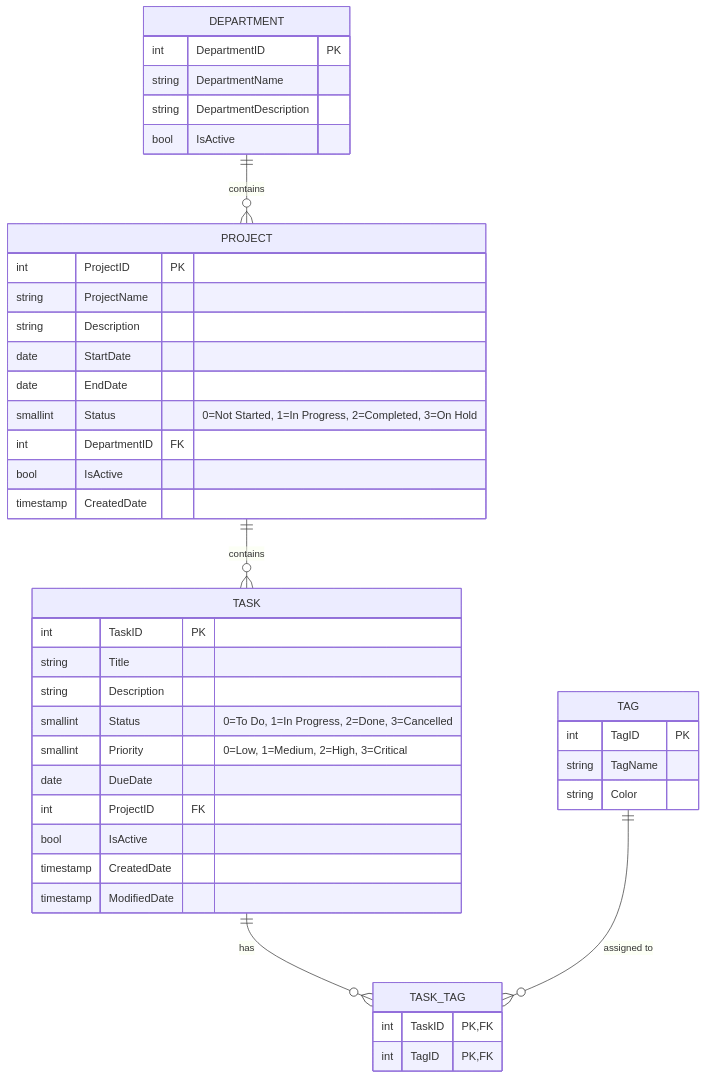
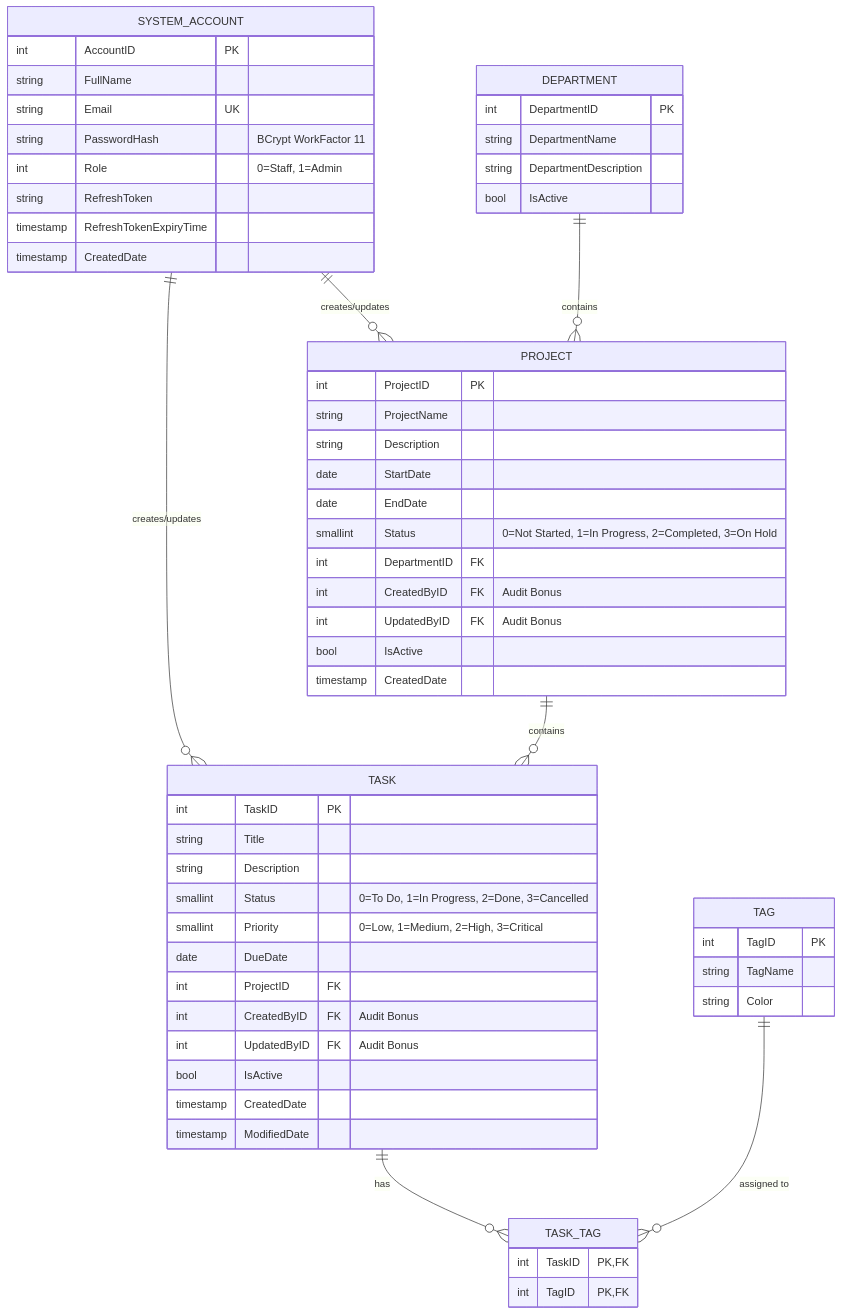
One commit to phunvqe180136/AS2_PRN232_Fa26 changed the diagram in README.md. Above: the diagram before and after it, drawn with Mermaid. The commit also changed other lines of this file and 2 other files, not shown here.

````diff
--- a/README.md
+++ b/README.md
@@ -26,50 +44,67 @@
 ```mermaid
 erDiagram
+    SYSTEM_ACCOUNT ||--o{ PROJECT : "creates/updates"
+    SYSTEM_ACCOUNT ||--o{ TASK : "creates/updates"
     DEPARTMENT ||--o{ PROJECT : "contains"
     PROJECT ||--o{ TASK : "contains"
     TASK ||--o{ TASK_TAG : "has"
     TAG ||--o{ TASK_TAG : "assigned to"
+
+    SYSTEM_ACCOUNT {
+        int AccountID PK
+        string FullName
+        string Email UK
+        string PasswordHash "BCrypt WorkFactor 11"
+        int Role "0=Staff, 1=Admin"
+        string RefreshToken
+        timestamp RefreshTokenExpiryTime
+        timestamp CreatedDate
+    }
 
     DEPARTMENT {
         int DepartmentID PK
         string DepartmentName
         string DepartmentDescription
         bool IsActive
     }
 
     PROJECT {
         int ProjectID PK
         string ProjectName
         string Description
         date StartDate
         date EndDate
         smallint Status "0=Not Started, 1=In Progress, 2=Completed, 3=On Hold"
         int DepartmentID FK
+        int CreatedByID FK "Audit Bonus"
+        int UpdatedByID FK "Audit Bonus"
         bool IsActive
         timestamp CreatedDate
     }
 
     TASK {
         int TaskID PK
         string Title
         string Description
         smallint Status "0=To Do, 1=In Progress, 2=Done, 3=Cancelled"
         smallint Priority "0=Low, 1=Medium, 2=High, 3=Critical"
         date DueDate
         int ProjectID FK
+        int CreatedByID FK "Audit Bonus"
+        int UpdatedByID FK "Audit Bonus"
         bool IsActive
         timestamp CreatedDate
         timestamp ModifiedDate
     }
 
     TAG {
         int TagID PK
         string TagName
         string Color
     }
 
     TASK_TAG {
         int TaskID PK, FK
         int TagID PK, FK
     }
 ```
````
